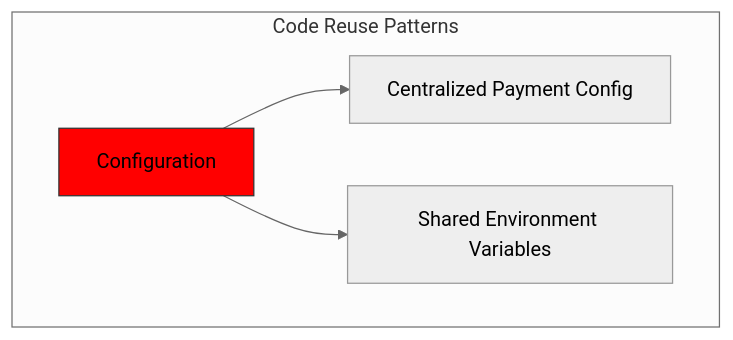
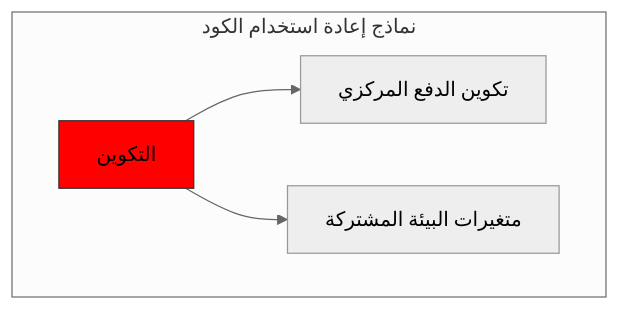
The fifth of 7 diagrams in app/views/docs/building-reliable-payment-system-stripe-paypal/index-ar.md (forwardemail/forwardemail.net), drawn with Mermaid (neutral theme) before and after one commit. The commit also changed other lines of this file and 1055 other files, not shown here.

````diff
--- a/app/views/docs/building-reliable-payment-system-stripe-paypal/index-ar.md
+++ b/app/views/docs/building-reliable-payment-system-stripe-paypal/index-ar.md
@@ -626,13 +630,13 @@
 ```mermaid
 graph TD
-    subgraph "Code Reuse Patterns"
-        I[Configuration] --> J[Centralized Payment Config]
-        I --> K[Shared Environment Variables]
+    subgraph "نماذج إعادة استخدام الكود"
+        I[التكوين] --> J[تكوين الدفع المركزي]
+        I --> K[متغيرات البيئة المشتركة]
     end
 
     classDef primary fill:blue,stroke:#333,stroke-width:2px;
     classDef secondary fill:red,stroke:#333,stroke-width:1px;
 
     class A,P,V primary;
     class B,C,D,E,I,L,Q,R,S,W,X,Y,Z secondary;
 ```
````
